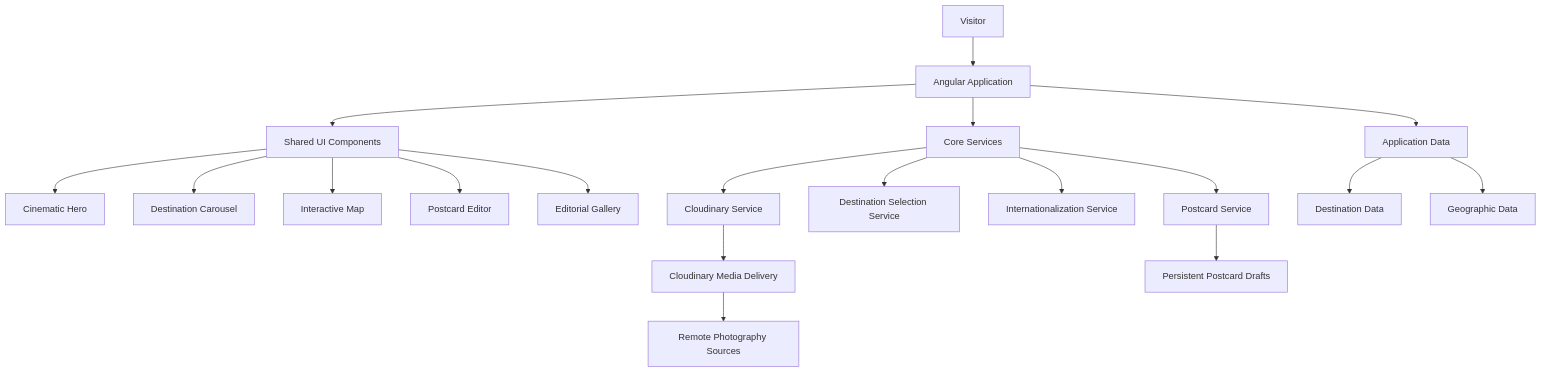
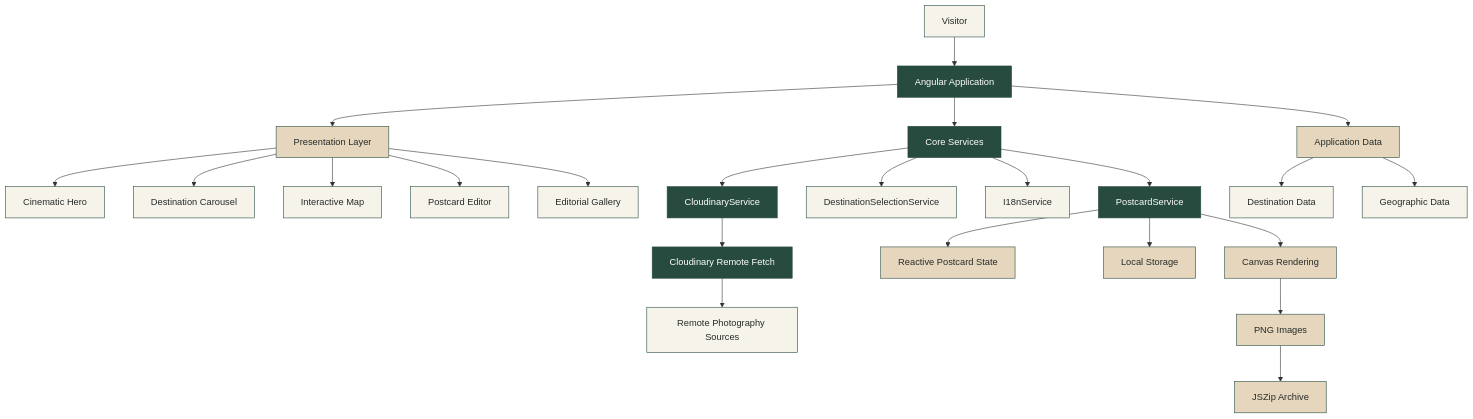
Before and after one commit to Ezequie1Sc/frontend: the sixth of 6 diagrams in README.md, drawn with Mermaid. The commit also changed other lines of this file, not shown here.

Commit message:
docs: expand Cloudinary transformations and postcard engineering documentation

````diff
--- a/README.md
+++ b/README.md
@@ -498,27 +832,40 @@
 ```mermaid
 flowchart TD
-    U[Visitor] --> A[Angular Application]
+    U["Visitor"] --> A["Angular Application"]
 
-    A --> UI[Shared UI Components]
-    A --> S[Core Services]
-    A --> D[Application Data]
+    A --> UI["Presentation Layer"]
+    A --> S["Core Services"]
+    A --> D["Application Data"]
 
-    UI --> H[Cinematic Hero]
-    UI --> C[Destination Carousel]
-    UI --> M[Interactive Map]
-    UI --> P[Postcard Editor]
-    UI --> G[Editorial Gallery]
+    UI --> H["Cinematic Hero"]
+    UI --> C["Destination Carousel"]
+    UI --> M["Interactive Map"]
+    UI --> P["Postcard Editor"]
+    UI --> G["Editorial Gallery"]
 
-    S --> CS[Cloudinary Service]
-    S --> DS[Destination Selection Service]
-    S --> IS[Internationalization Service]
-    S --> PS[Postcard Service]
+    S --> CS["CloudinaryService"]
+    S --> DS["DestinationSelectionService"]
+    S --> IS["I18nService"]
+    S --> PS["PostcardService"]
 
-    CS --> CL[Cloudinary Media Delivery]
-    CL --> W[Remote Photography Sources]
+    CS --> CL["Cloudinary Remote Fetch"]
+    CL --> W["Remote Photography Sources"]
 
-    D --> DD[Destination Data]
-    D --> GD[Geographic Data]
+    D --> DD["Destination Data"]
+    D --> GD["Geographic Data"]
 
-    PS --> PD[Persistent Postcard Drafts]
+    PS --> ST["Reactive Postcard State"]
+    PS --> LS["Local Storage"]
+    PS --> CV["Canvas Rendering"]
+
+    CV --> PNG["PNG Images"]
+    PNG --> ZIP["JSZip Archive"]
+
+    classDef primary fill:#284B40,color:#FFFFFF,stroke:#284B40
+    classDef secondary fill:#F6F3EB,color:#262B28,stroke:#284B40
+    classDef accent fill:#E6D6BD,color:#262B28,stroke:#284B40
+
+    class A,S,CS,PS,CL primary
+    class UI,D,ST,LS,CV,PNG,ZIP accent
+    class U,H,C,M,P,G,DS,IS,W,DD,GD secondary
 ```
````
